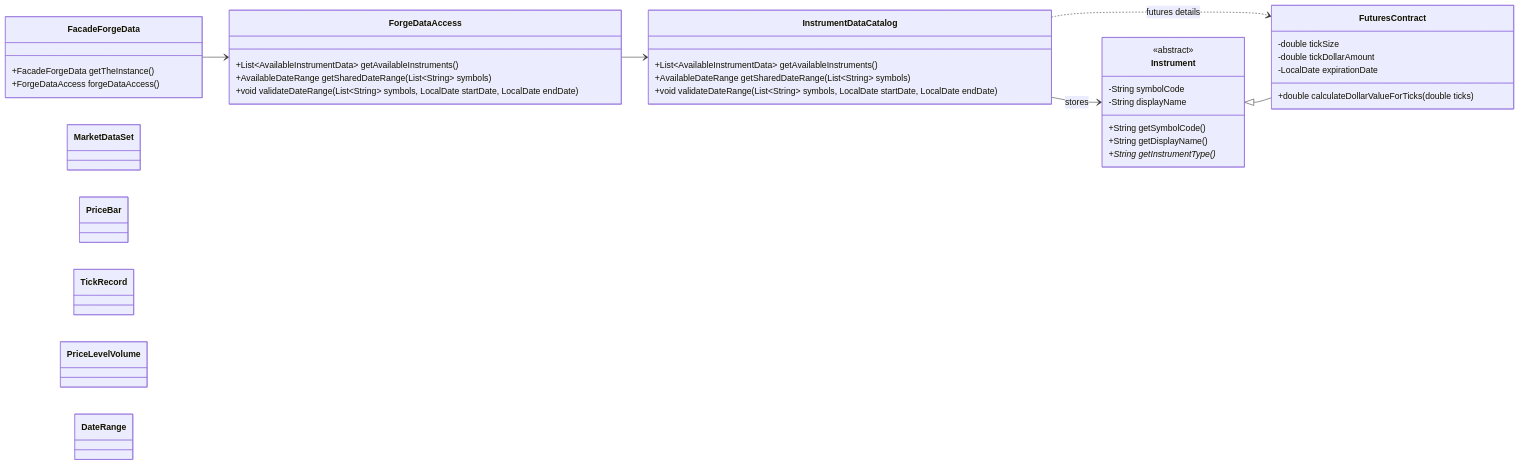
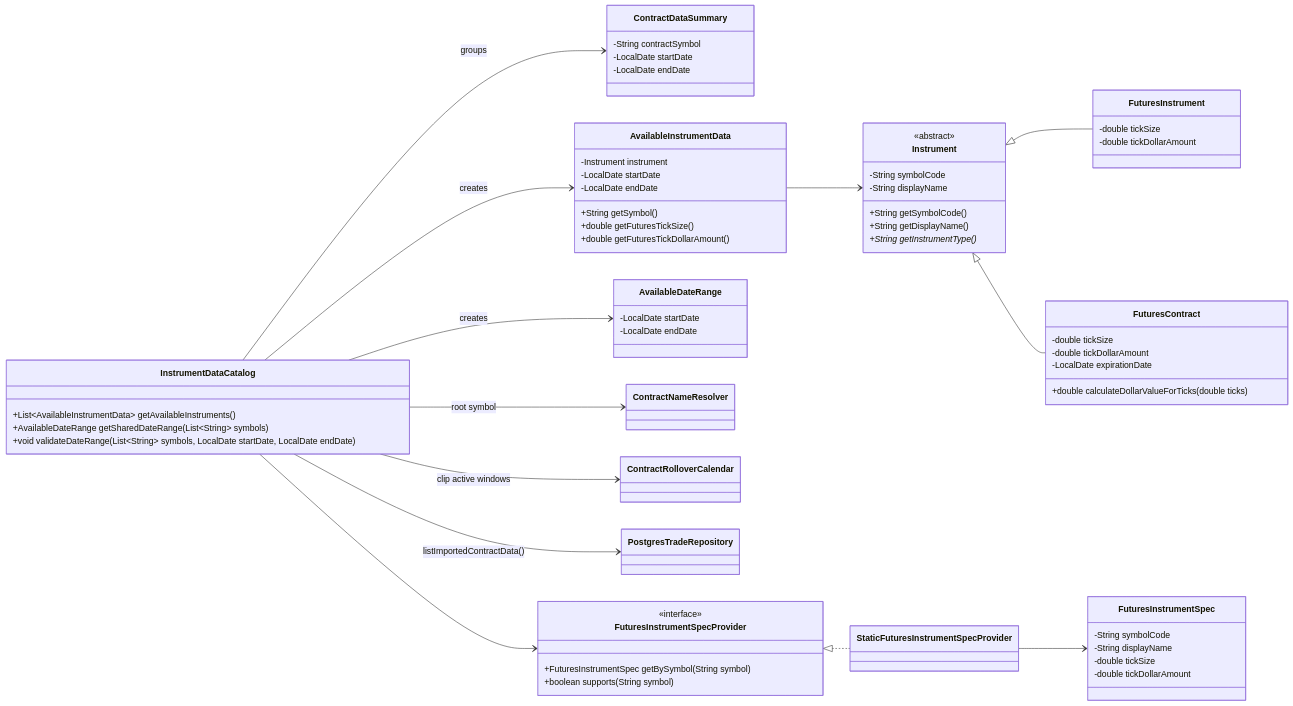
Before and after one commit to probst-paul/FORGE: the seventh of 19 diagrams in class-model.md, drawn with Mermaid. The commit also changed other lines of this file and 30 other files, not shown here.

````diff
--- a/class-model.md
+++ b/class-model.md
@@ -321,23 +414,36 @@
 ```mermaid
 classDiagram
     direction LR
-
-    class FacadeForgeData {
-        +FacadeForgeData getTheInstance()
-        +ForgeDataAccess forgeDataAccess()
-    }
-
-    class ForgeDataAccess {
-        +List~AvailableInstrumentData~ getAvailableInstruments()
-        +AvailableDateRange getSharedDateRange(List~String~ symbols)
-        +void validateDateRange(List~String~ symbols, LocalDate startDate, LocalDate endDate)
-    }
 
     class InstrumentDataCatalog {
         +List~AvailableInstrumentData~ getAvailableInstruments()
         +AvailableDateRange getSharedDateRange(List~String~ symbols)
         +void validateDateRange(List~String~ symbols, LocalDate startDate, LocalDate endDate)
     }
+
+    class ContractDataSummary {
+        -String contractSymbol
+        -LocalDate startDate
+        -LocalDate endDate
+    }
+
+    class AvailableInstrumentData {
+        -Instrument instrument
+        -LocalDate startDate
+        -LocalDate endDate
+        +String getSymbol()
+        +double getFuturesTickSize()
+        +double getFuturesTickDollarAmount()
+    }
+
+    class AvailableDateRange {
+        -LocalDate startDate
+        -LocalDate endDate
+    }
+
+    class ContractNameResolver
+    class ContractRolloverCalendar
+    class PostgresTradeRepository
 
     class Instrument {
         <<abstract>>
@@ -355,15 +461,36 @@
         +double calculateDollarValueForTicks(double ticks)
     }
 
-    class MarketDataSet
-    class PriceBar
-    class TickRecord
-    class PriceLevelVolume
-    class DateRange
+    class FuturesInstrument {
+        -double tickSize
+        -double tickDollarAmount
+    }
 
-    FacadeForgeData --> ForgeDataAccess
-    ForgeDataAccess --> InstrumentDataCatalog
-    InstrumentDataCatalog --> Instrument : stores
-    InstrumentDataCatalog ..> FuturesContract : futures details
+    class FuturesInstrumentSpec {
+        -String symbolCode
+        -String displayName
+        -double tickSize
+        -double tickDollarAmount
+    }
+
+    class FuturesInstrumentSpecProvider {
+        <<interface>>
+        +FuturesInstrumentSpec getBySymbol(String symbol)
+        +boolean supports(String symbol)
+    }
+
+    class StaticFuturesInstrumentSpecProvider
+
+    InstrumentDataCatalog --> PostgresTradeRepository : listImportedContractData()
+    InstrumentDataCatalog --> ContractNameResolver : root symbol
+    InstrumentDataCatalog --> ContractRolloverCalendar : clip active windows
+    InstrumentDataCatalog --> AvailableInstrumentData : creates
+    InstrumentDataCatalog --> AvailableDateRange : creates
+    InstrumentDataCatalog --> ContractDataSummary : groups
+    InstrumentDataCatalog --> FuturesInstrumentSpecProvider
+    FuturesInstrumentSpecProvider <|.. StaticFuturesInstrumentSpecProvider
+    StaticFuturesInstrumentSpecProvider --> FuturesInstrumentSpec
+    AvailableInstrumentData --> Instrument
+    Instrument <|-- FuturesInstrument
     Instrument <|-- FuturesContract
 ```
````
